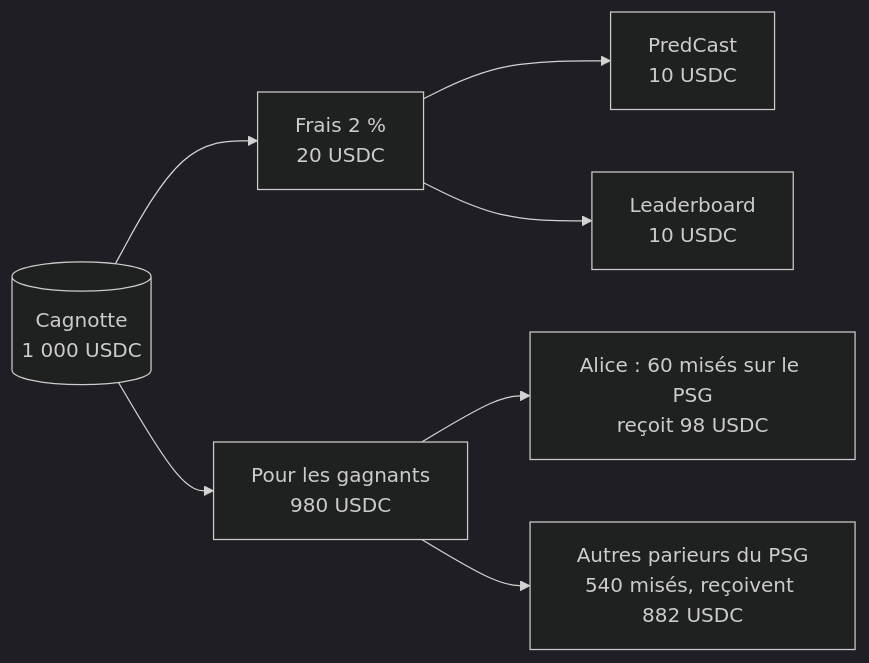
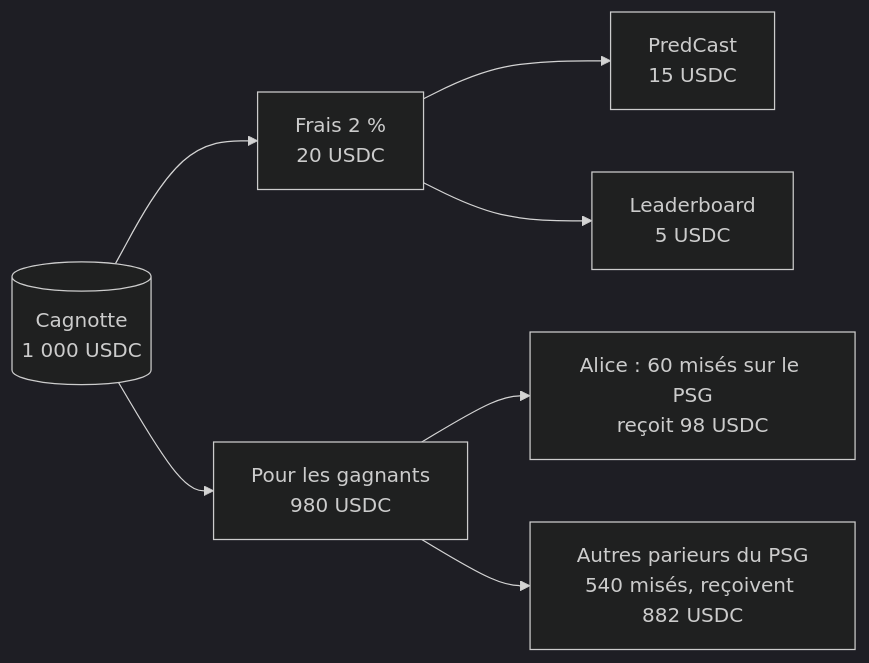
The second of 5 diagrams in apps/smart-contracts/chiliz-tv/docs/guide/01-vue-ensemble.md (PredCast/predcast.tv), drawn with Mermaid (dark theme) before and after one commit. The commit also changed other lines of this file and 17 other files, not shown here.

````diff
--- a/apps/smart-contracts/chiliz-tv/docs/guide/01-vue-ensemble.md
+++ b/apps/smart-contracts/chiliz-tv/docs/guide/01-vue-ensemble.md
@@ -60,9 +60,9 @@
 ```mermaid
 flowchart LR
   C[(Cagnotte<br/>1 000 USDC)] --> F[Frais 2 %<br/>20 USDC]
   C --> N[Pour les gagnants<br/>980 USDC]
-  F --> T[PredCast<br/>10 USDC]
-  F --> L[Leaderboard<br/>10 USDC]
+  F --> T[PredCast<br/>15 USDC]
+  F --> L[Leaderboard<br/>5 USDC]
   N --> A[Alice : 60 misés sur le PSG<br/>reçoit 98 USDC]
   N --> O[Autres parieurs du PSG<br/>540 misés, reçoivent 882 USDC]
 ```
````
